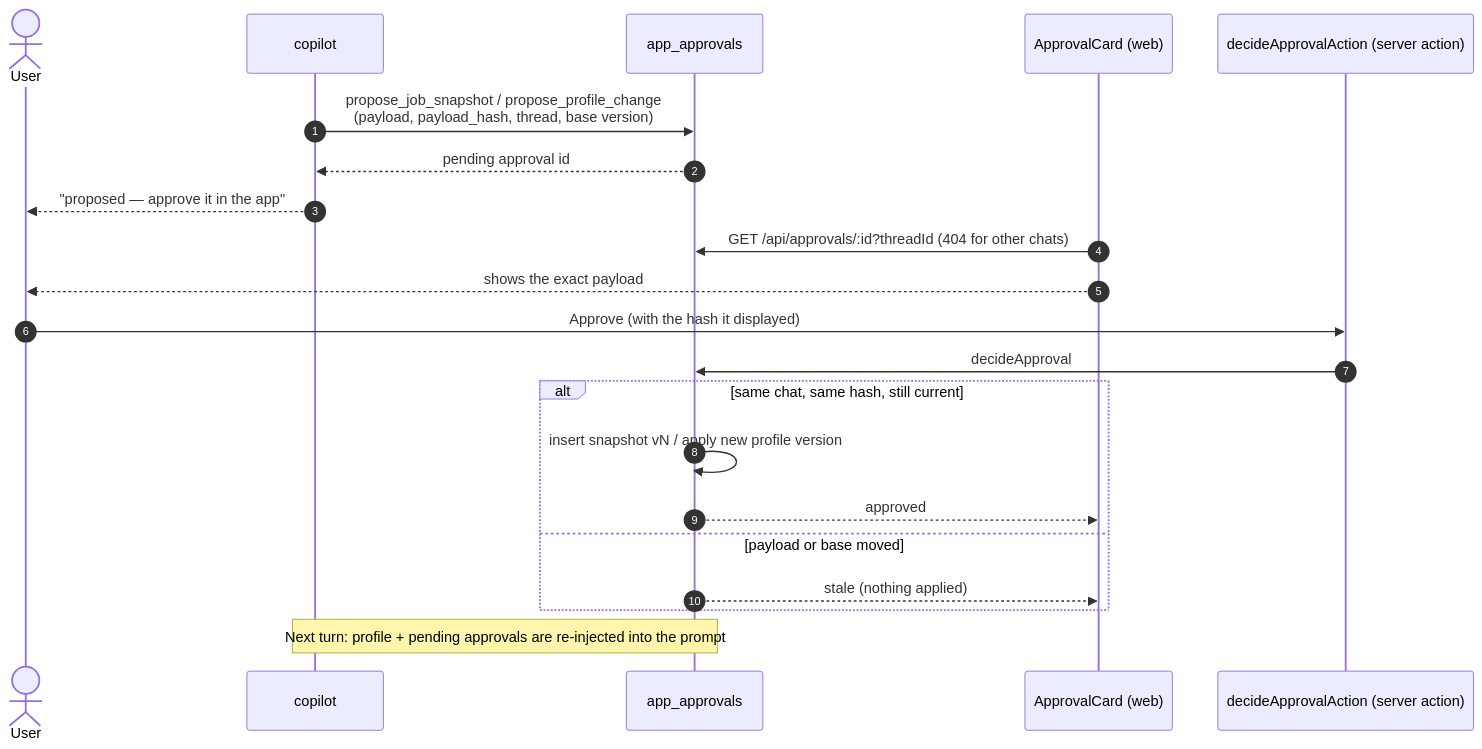
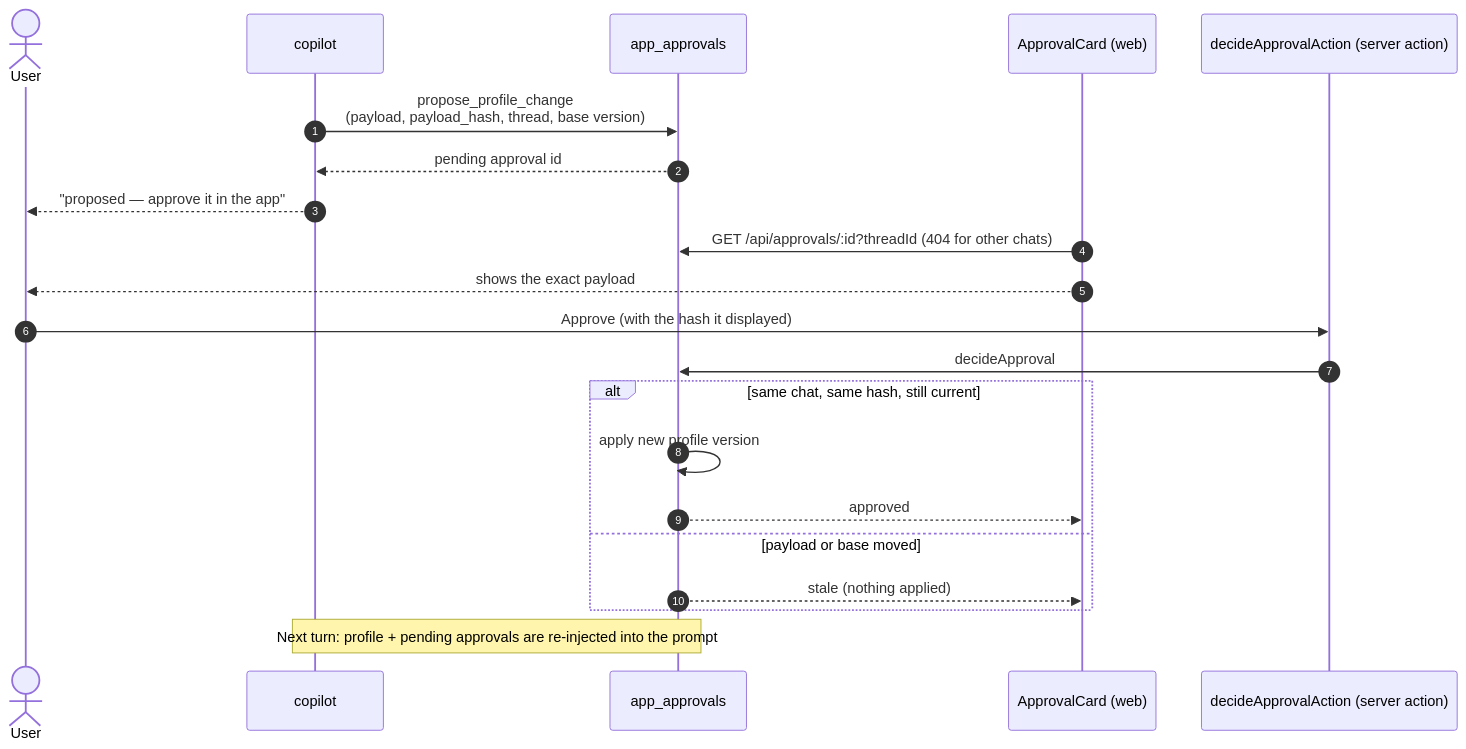
The fifth of 13 diagrams in docs/architecture.md (pppdns/job-agent-mastra), drawn with Mermaid before and after one commit. The commit also changed other lines of this file and 9 other files, not shown here.

````diff
--- a/docs/architecture.md
+++ b/docs/architecture.md
@@ -170,24 +168,24 @@
 ```mermaid
 sequenceDiagram
   autonumber
   actor U as User
   participant C as copilot
   participant DB as app_approvals
   participant UI as ApprovalCard (web)
   participant SA as decideApprovalAction (server action)
 
-  C->>DB: propose_job_snapshot / propose_profile_change<br/>(payload, payload_hash, thread, base version)
+  C->>DB: propose_profile_change<br/>(payload, payload_hash, thread, base version)
   DB-->>C: pending approval id
   C-->>U: "proposed — approve it in the app"
   UI->>DB: GET /api/approvals/:id?threadId (404 for other chats)
   UI-->>U: shows the exact payload
   U->>SA: Approve (with the hash it displayed)
   SA->>DB: decideApproval
   alt same chat, same hash, still current
-    DB->>DB: insert snapshot vN / apply new profile version
+    DB->>DB: apply new profile version
     DB-->>UI: approved
   else payload or base moved
     DB-->>UI: stale (nothing applied)
   end
   Note over C,DB: Next turn: profile + pending approvals are re-injected into the prompt
 ```
````
